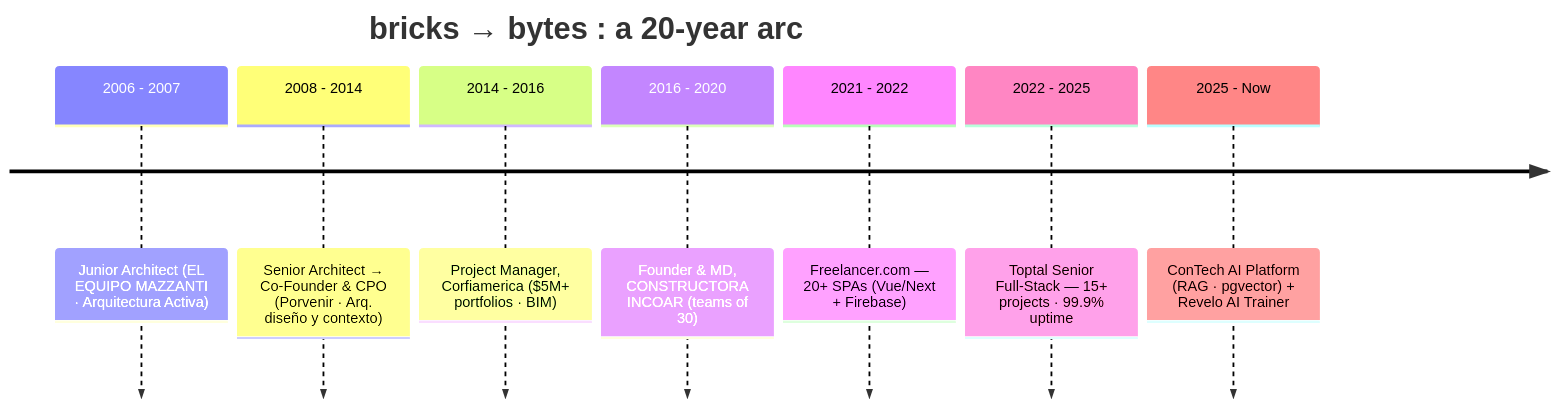
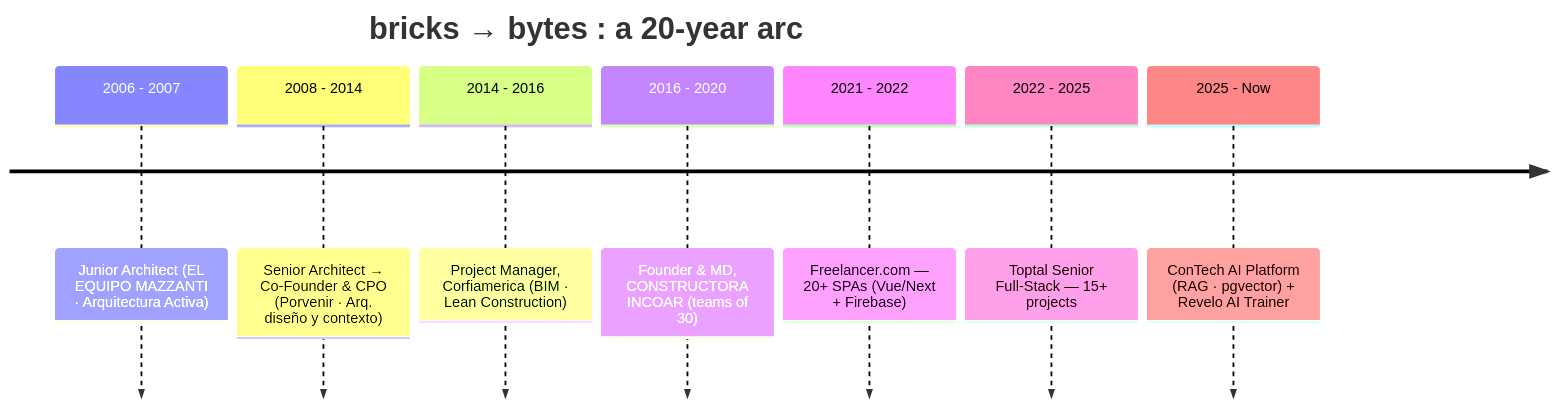
Before and after one commit to edxeme/edxeme: the first of 2 diagrams in README.md, drawn with Mermaid. The commit also changed other lines of this file, not shown here.

````diff
--- a/README.md
+++ b/README.md
@@ -165,11 +108,11 @@
 ```mermaid
 timeline
     title bricks → bytes : a 20-year arc
     2006 - 2007   : Junior Architect (EL EQUIPO MAZZANTI · Arquitectura Activa)
     2008 - 2014   : Senior Architect → Co-Founder & CPO (Porvenir · Arq. diseño y contexto)
-    2014 - 2016   : Project Manager, Corfiamerica ($5M+ portfolios · BIM)
+    2014 - 2016   : Project Manager, Corfiamerica (BIM · Lean Construction)
     2016 - 2020   : Founder & MD, CONSTRUCTORA INCOAR (teams of 30)
     2021 - 2022   : Freelancer.com — 20+ SPAs (Vue/Next + Firebase)
-    2022 - 2025   : Toptal Senior Full-Stack — 15+ projects · 99.9% uptime
+    2022 - 2025   : Toptal Senior Full-Stack — 15+ projects
     2025 - Now    : ConTech AI Platform (RAG · pgvector) + Revelo AI Trainer
 ```
````
